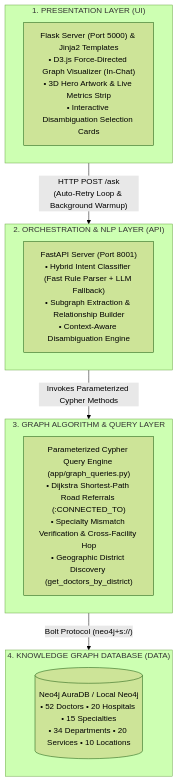
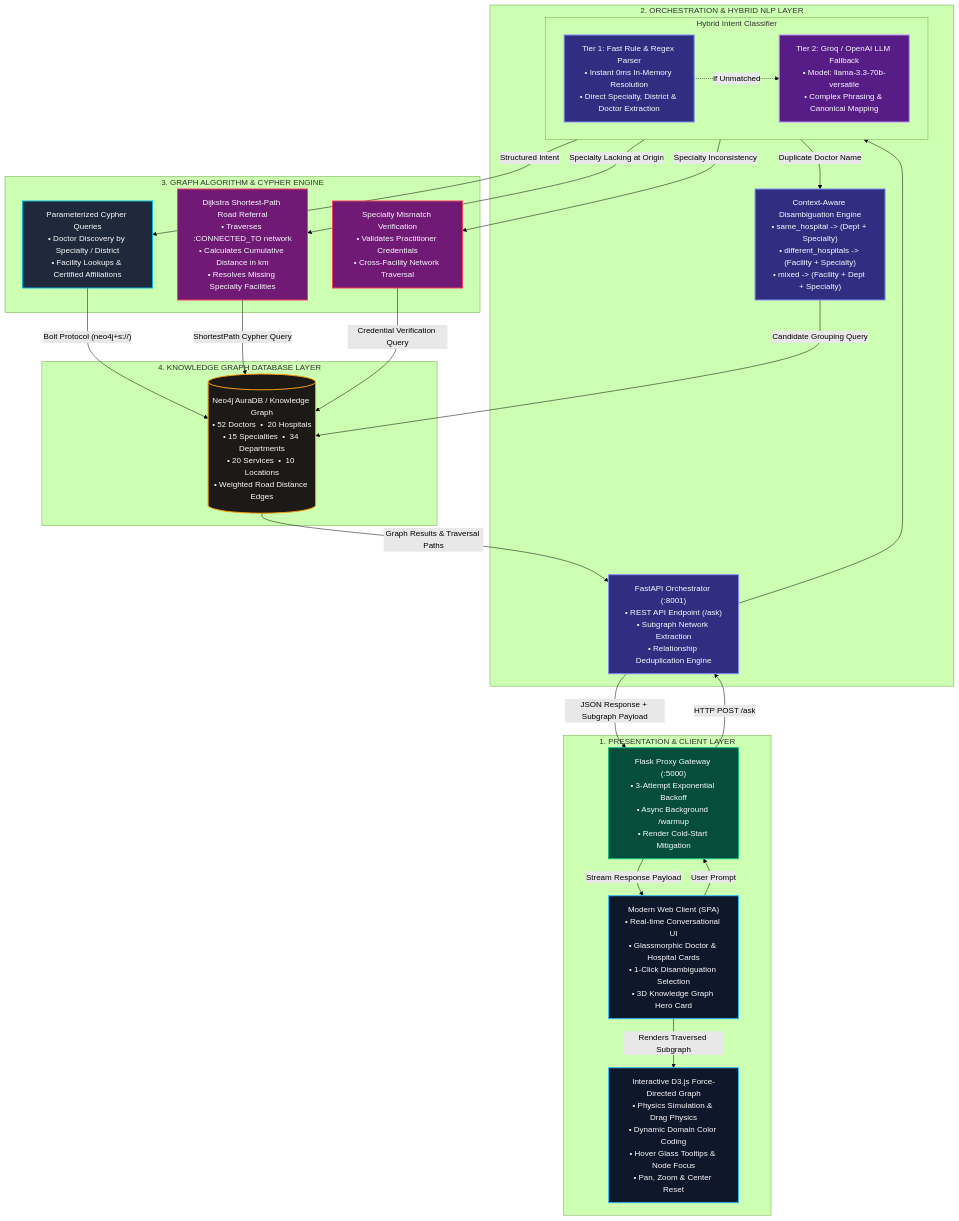
One commit to sydelendure/healthcare-knowledge-graph-assistant changed the first of 2 diagrams in README.md. Above: the diagram before and after it, drawn with Mermaid (forest theme). The commit also changed other lines of this file, not shown here.

Commit message:
Enhance README.md with stylized Mermaid architecture flowchart and sequence diagram

````diff
--- a/README.md
+++ b/README.md
@@ -65,22 +65,65 @@
 ```mermaid
-graph TD
-    subgraph UI ["1. PRESENTATION LAYER (UI)"]
-        A["Flask Server (Port 5000) & Jinja2 Templates<br/>• D3.js Force-Directed Graph Visualizer (In-Chat)<br/>• 3D Hero Artwork & Live Metrics Strip<br/>• Interactive Disambiguation Selection Cards"]
+flowchart TD
+    %% Custom Styling Classes
+    classDef clientStyle fill:#0f172a,stroke:#38bdf8,stroke-width:2px,color:#f8fafc;
+    classDef proxyStyle fill:#064e3b,stroke:#10b981,stroke-width:2px,color:#f8fafc;
+    classDef nlpStyle fill:#312e81,stroke:#818cf8,stroke-width:2px,color:#f8fafc;
+    classDef llmStyle fill:#581c87,stroke:#c084fc,stroke-width:2px,color:#f8fafc;
+    classDef cypherStyle fill:#1e293b,stroke:#06b6d4,stroke-width:2px,color:#f8fafc;
+    classDef algoStyle fill:#701a75,stroke:#f43f5e,stroke-width:2px,color:#f8fafc;
+    classDef dbStyle fill:#1c1917,stroke:#f59e0b,stroke-width:2px,color:#f8fafc;
+
+    %% 1. Presentation & Client Layer
+    subgraph ClientLayer ["1. PRESENTATION & CLIENT LAYER"]
+        ClientBrowser["Modern Web Client (SPA)<br/>• Real-time Conversational UI<br/>• Glassmorphic Doctor & Hospital Cards<br/>• 1-Click Disambiguation Selection<br/>• 3D Knowledge Graph Hero Card"]:::clientStyle
+        D3Visualizer["Interactive D3.js Force-Directed Graph<br/>• Physics Simulation & Drag Physics<br/>• Dynamic Domain Color Coding<br/>• Hover Glass Tooltips & Node Focus<br/>• Pan, Zoom & Center Reset"]:::clientStyle
+        FlaskProxy["Flask Proxy Gateway (:5000)<br/>• 3-Attempt Exponential Backoff<br/>• Async Background /warmup<br/>• Render Cold-Start Mitigation"]:::proxyStyle
     end
 
-    subgraph API ["2. ORCHESTRATION & NLP LAYER (API)"]
-        B["FastAPI Server (Port 8001)<br/>• Hybrid Intent Classifier (Fast Rule Parser + LLM Fallback)<br/>• Subgraph Extraction & Relationship Builder<br/>• Context-Aware Disambiguation Engine"]
+    %% 2. Orchestration & NLP Layer
+    subgraph ApiLayer ["2. ORCHESTRATION & HYBRID NLP LAYER"]
+        FastAPI["FastAPI Orchestrator (:8001)<br/>• REST API Endpoint (/ask)<br/>• Subgraph Network Extraction<br/>• Relationship Deduplication Engine"]:::nlpStyle
+        
+        subgraph HybridNLP ["Hybrid Intent Classifier"]
+            FastParser["Tier 1: Fast Rule & Regex Parser<br/>• Instant 0ms In-Memory Resolution<br/>• Direct Specialty, District & Doctor Extraction"]:::nlpStyle
+            LLMParser["Tier 2: Groq / OpenAI LLM Fallback<br/>• Model: llama-3.3-70b-versatile<br/>• Complex Phrasing & Canonical Mapping"]:::llmStyle
+        end
+
+        DisambigEngine["Context-Aware Disambiguation Engine<br/>• same_hospital -> (Dept + Specialty)<br/>• different_hospitals -> (Facility + Specialty)<br/>• mixed -> (Facility + Dept + Specialty)"]:::nlpStyle
     end
 
-    subgraph QUERY ["3. GRAPH ALGORITHM & QUERY LAYER"]
-        C["Parameterized Cypher Query Engine (app/graph_queries.py)<br/>• Dijkstra Shortest-Path Road Referrals (:CONNECTED_TO)<br/>• Specialty Mismatch Verification & Cross-Facility Hop<br/>• Geographic District Discovery (get_doctors_by_district)"]
+    %% 3. Graph Query & Algorithmic Layer
+    subgraph QueryLayer ["3. GRAPH ALGORITHM & CYPHER ENGINE"]
+        CypherEngine["Parameterized Cypher Queries<br/>• Doctor Discovery by Specialty / District<br/>• Facility Lookups & Certified Affiliations"]:::cypherStyle
+        
+        ShortestPath["Dijkstra Shortest-Path Road Referral<br/>• Traverses :CONNECTED_TO network<br/>• Calculates Cumulative Distance in km<br/>• Resolves Missing Specialty Facilities"]:::algoStyle
+        
+        MismatchVerify["Specialty Mismatch Verification<br/>• Validates Practitioner Credentials<br/>• Cross-Facility Network Traversal"]:::algoStyle
     end
 
-    subgraph DB ["4. KNOWLEDGE GRAPH DATABASE (DATA)"]
-        D[("Neo4j AuraDB / Local Neo4j<br/>• 52 Doctors • 20 Hospitals • 15 Specialties<br/>• 34 Departments • 20 Services • 10 Locations")]
+    %% 4. Data Storage Layer
+    subgraph DatabaseLayer ["4. KNOWLEDGE GRAPH DATABASE LAYER"]
+        Neo4j[("Neo4j AuraDB / Knowledge Graph<br/>• 52 Doctors &nbsp;&bull;&nbsp; 20 Hospitals<br/>• 15 Specialties &nbsp;&bull;&nbsp; 34 Departments<br/>• 20 Services &nbsp;&bull;&nbsp; 10 Locations<br/>• Weighted Road Distance Edges")]:::dbStyle
     end
 
-    UI -->|"HTTP POST /ask<br/>(Auto-Retry Loop & Background Warmup)"| API
-    API -->|"Invokes Parameterized Cypher Methods"| QUERY
-    QUERY -->|"Bolt Protocol (neo4j+s://)"| DB
+    %% Connections & Flow
+    ClientBrowser -->|"User Prompt"| FlaskProxy
+    FlaskProxy -->|"HTTP POST /ask"| FastAPI
+    FastAPI --> HybridNLP
+    FastParser -.->|"If Unmatched"| LLMParser
+    
+    HybridNLP -->|"Structured Intent"| CypherEngine
+    HybridNLP -->|"Specialty Lacking at Origin"| ShortestPath
+    HybridNLP -->|"Specialty Inconsistency"| MismatchVerify
+    HybridNLP -->|"Duplicate Doctor Name"| DisambigEngine
+    
+    CypherEngine -->|"Bolt Protocol (neo4j+s://)"| Neo4j
+    ShortestPath -->|"ShortestPath Cypher Query"| Neo4j
+    MismatchVerify -->|"Credential Verification Query"| Neo4j
+    DisambigEngine -->|"Candidate Grouping Query"| Neo4j
+    
+    Neo4j -->|"Graph Results & Traversal Paths"| FastAPI
+    FastAPI -->|"JSON Response + Subgraph Payload"| FlaskProxy
+    FlaskProxy -->|"Stream Response Payload"| ClientBrowser
+    ClientBrowser -->|"Renders Traversed Subgraph"| D3Visualizer
 ```
````
